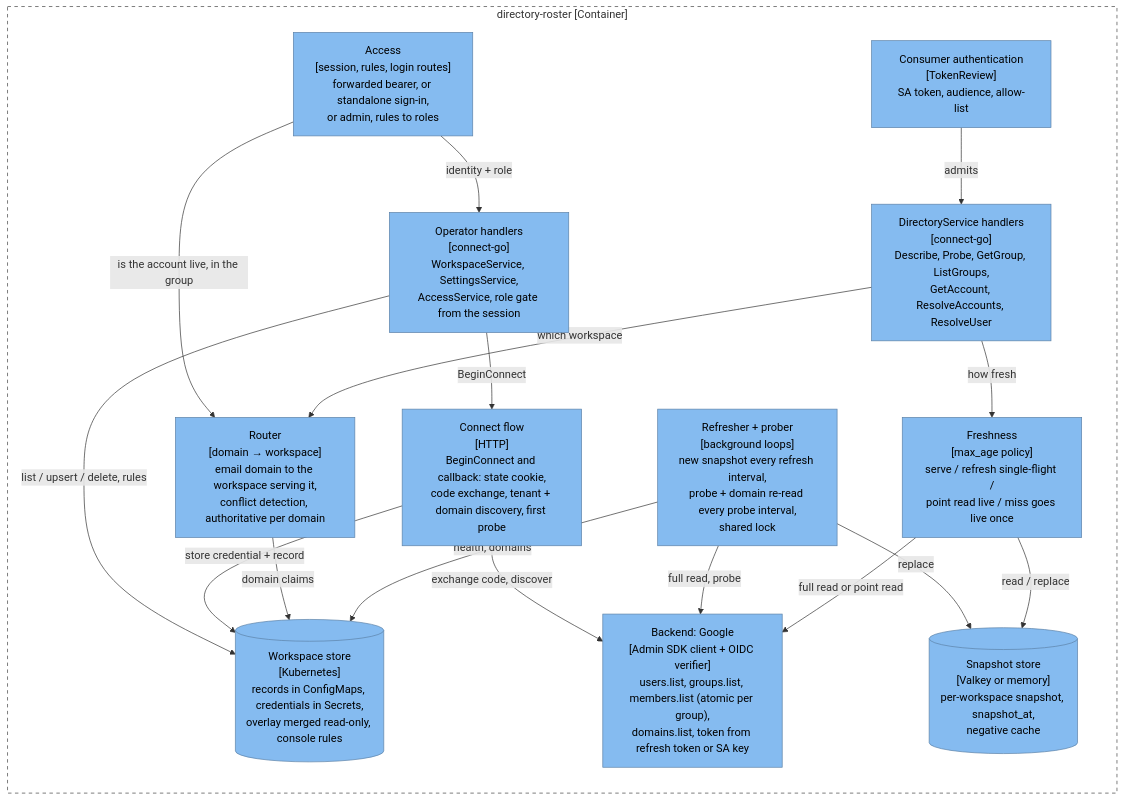
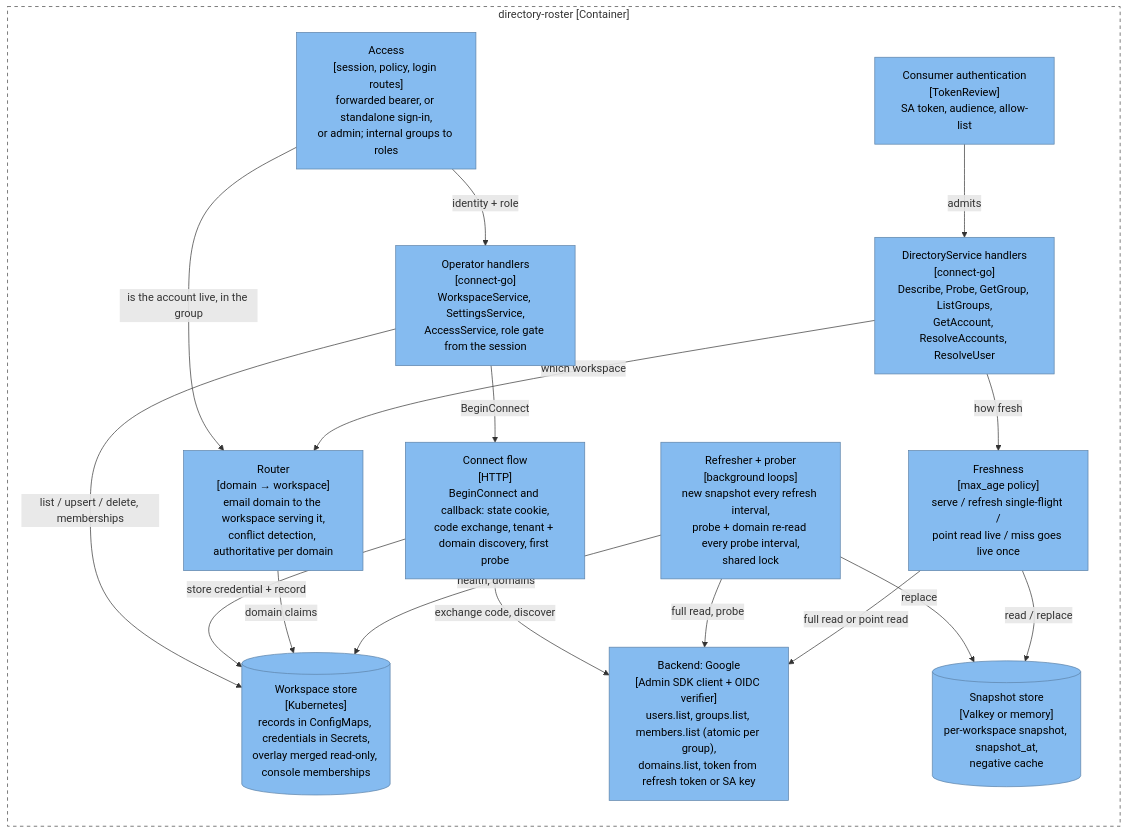
The third of 11 diagrams in docs/architecture.md (truvity/access-roster), drawn with Mermaid before and after one commit. The commit also changed other lines of this file and 21 other files, not shown here.

````diff
--- a/docs/architecture.md
+++ b/docs/architecture.md
@@ -155,43 +155,43 @@
 ```mermaid
 flowchart TB
   subgraph hub["directory-roster [Container]"]
     direction TB
     dirapi["DirectoryService handlers<br/>[connect-go]<br/>Describe, Probe, GetGroup, ListGroups,<br/>GetAccount, ResolveAccounts, ResolveUser"]:::component
     consauth["Consumer authentication<br/>[TokenReview]<br/>SA token, audience, allow-list"]:::component
     opapi["Operator handlers<br/>[connect-go]<br/>WorkspaceService, SettingsService,<br/>AccessService, role gate from the session"]:::component
-    access["Access<br/>[session, rules, login routes]<br/>forwarded bearer, or standalone sign-in,<br/>or admin, rules to roles"]:::component
+    access["Access<br/>[session, policy, login routes]<br/>forwarded bearer, or standalone sign-in,<br/>or admin; internal groups to roles"]:::component
     connect["Connect flow<br/>[HTTP]<br/>BeginConnect and callback: state cookie,<br/>code exchange, tenant + domain discovery, first probe"]:::component
     router["Router<br/>[domain → workspace]<br/>email domain to the workspace serving it,<br/>conflict detection, authoritative per domain"]:::component
     fresh["Freshness<br/>[max_age policy]<br/>serve / refresh single-flight /<br/>point read live / miss goes live once"]:::component
     refresher["Refresher + prober<br/>[background loops]<br/>new snapshot every refresh interval,<br/>probe + domain re-read every probe interval,<br/>shared lock"]:::component
-    wsstore[("Workspace store<br/>[Kubernetes]<br/>records in ConfigMaps, credentials in Secrets,<br/>overlay merged read-only, console rules")]:::component
+    wsstore[("Workspace store<br/>[Kubernetes]<br/>records in ConfigMaps, credentials in Secrets,<br/>overlay merged read-only, console memberships")]:::component
     backend["Backend: Google<br/>[Admin SDK client + OIDC verifier]<br/>users.list, groups.list, members.list (atomic per group),<br/>domains.list, token from refresh token or SA key"]:::component
     snap[("Snapshot store<br/>[Valkey or memory]<br/>per-workspace snapshot, snapshot_at,<br/>negative cache")]:::component
   end
 
   consauth -- "admits" --> dirapi
   access -- "identity + role" --> opapi
   access -- "is the account live, in the group" --> router
   opapi -- "BeginConnect" --> connect
-  opapi -- "list / upsert / delete, rules" --> wsstore
+  opapi -- "list / upsert / delete, memberships" --> wsstore
   connect -- "store credential + record" --> wsstore
   connect -- "exchange code, discover" --> backend
   dirapi -- "which workspace" --> router
   dirapi -- "how fresh" --> fresh
   router -- "domain claims" --> wsstore
   refresher -- "health, domains" --> wsstore
   refresher -- "full read, probe" --> backend
   refresher -- "replace" --> snap
   fresh -- "full read or point read" --> backend
   fresh -- "read / replace" --> snap
 
   classDef person fill:#08427b,stroke:#052e56,color:#fff
   classDef system fill:#1168bd,stroke:#0b4884,color:#fff
   classDef ext fill:#999999,stroke:#6b6b6b,color:#fff
   classDef hub fill:#0E7C7B,stroke:#0A5958,color:#fff
   classDef hubStore fill:#5FA9A7,stroke:#0A5958,color:#fff
   classDef token fill:#4A4FB5,stroke:#33378A,color:#fff
   classDef tokenStore fill:#8A8DD1,stroke:#33378A,color:#fff
   classDef component fill:#85bbf0,stroke:#5d82a8,color:#000
   style hub fill:none,stroke:#444,stroke-dasharray:5 5
 ```
````
